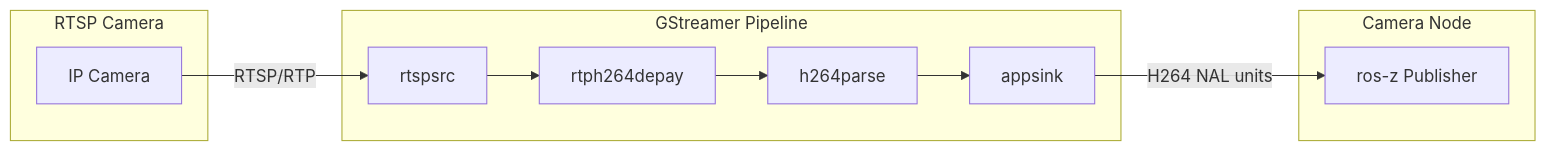
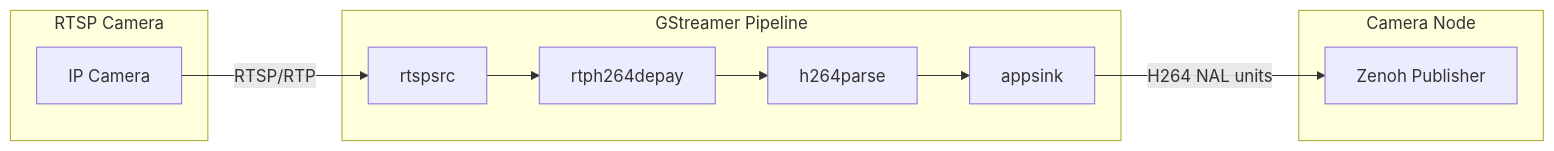
One commit to kornia/bubbaloop changed the diagram in docs/components/sensors/rtsp-camera.md. Above: the diagram before and after it, drawn with Mermaid. The commit also changed other lines of this file and 33 other files, not shown here.

First line of the commit message:
refactor: remove ros-z dependency, use vanilla Zenoh throughout

````diff
--- a/docs/components/sensors/rtsp-camera.md
+++ b/docs/components/sensors/rtsp-camera.md
@@ -23,23 +23,23 @@
 ```mermaid
 flowchart LR
     subgraph RTSP["RTSP Camera"]
         cam[IP Camera]
     end
 
     subgraph GStreamer["GStreamer Pipeline"]
         rtspsrc[rtspsrc]
         depay[rtph264depay]
         parse[h264parse]
         sink[appsink]
     end
 
     subgraph Node["Camera Node"]
-        rosz[ros-z Publisher]
+        zenoh[Zenoh Publisher]
     end
 
     cam -->|RTSP/RTP| rtspsrc
     rtspsrc --> depay
     depay --> parse
     parse --> sink
-    sink -->|H264 NAL units| rosz
+    sink -->|H264 NAL units| zenoh
 ```
````
